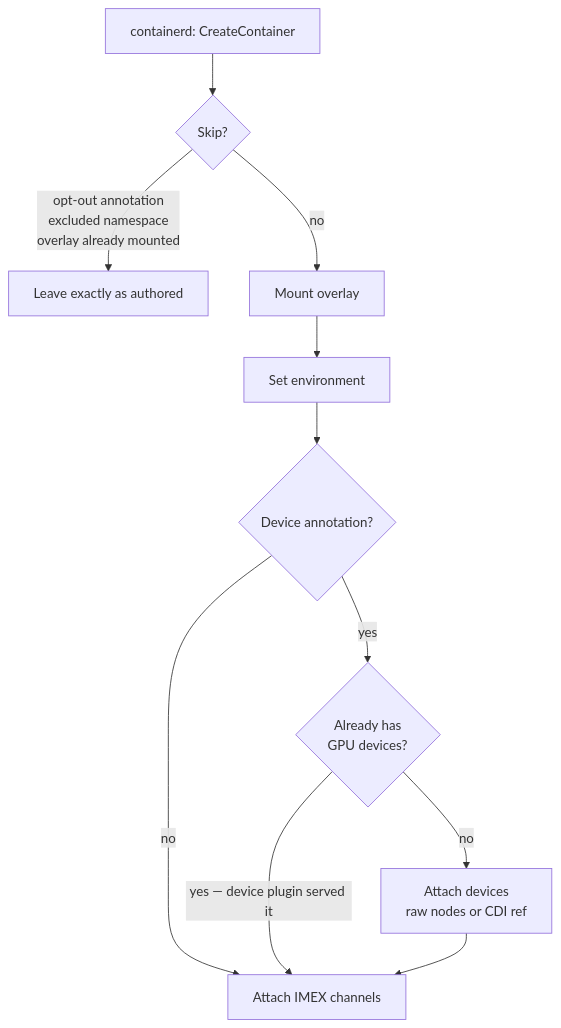
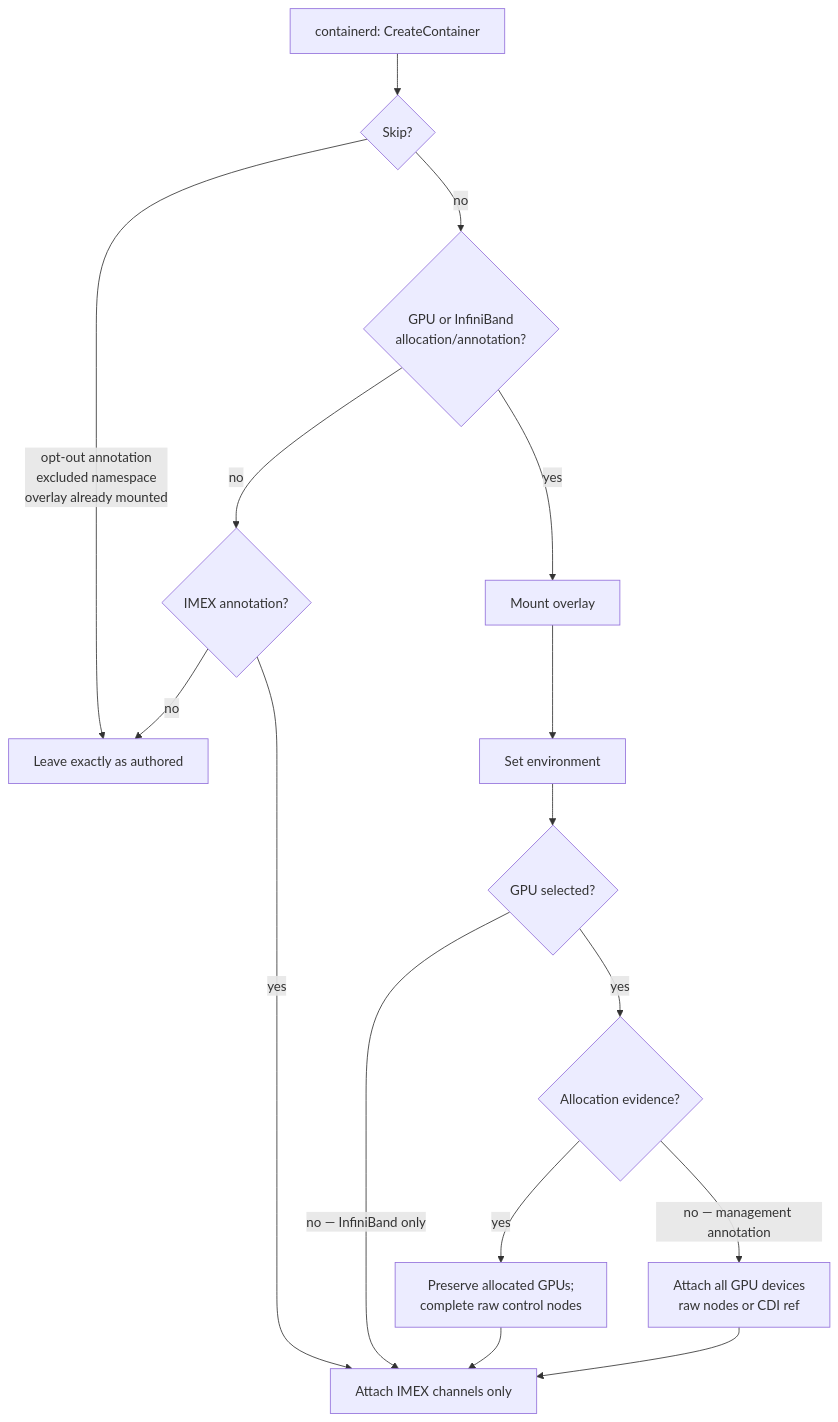
One commit to NVIDIA/k8s-test-infra changed the diagram in docs/components/nri-plugin.md. Above: the diagram before and after it, drawn with Mermaid. The commit also changed other lines of this file and 28 other files, not shown here.

````diff
--- a/docs/components/nri-plugin.md
+++ b/docs/components/nri-plugin.md
@@ -47,12 +46,16 @@
 ```mermaid
 flowchart TB
     create[containerd: CreateContainer] --> skip{Skip?}
     skip -->|opt-out annotation<br/>excluded namespace<br/>overlay already mounted| asis[Leave exactly as authored]
-    skip -->|no| overlay[Mount overlay]
+    skip -->|no| eligible{GPU or InfiniBand<br/>allocation/annotation?}
+    eligible -->|no| imexOnly{IMEX annotation?}
+    imexOnly -->|no| asis
+    imexOnly -->|yes| imex[Attach IMEX channels only]
+    eligible -->|yes| overlay[Mount overlay]
     overlay --> env[Set environment]
-    env --> gpus{Device annotation?}
-    gpus -->|no| imex
-    gpus -->|yes| served{Already has<br/>GPU devices?}
-    served -->|yes — device plugin served it| imex[Attach IMEX channels]
-    served -->|no| attach[Attach devices<br/>raw nodes or CDI ref] --> imex
+    env --> gpus{GPU selected?}
+    gpus -->|no — InfiniBand only| imex
+    gpus -->|yes| served{Allocation evidence?}
+    served -->|yes| preserve[Preserve allocated GPUs;<br/>complete raw control nodes] --> imex
+    served -->|no — management annotation| attach[Attach all GPU devices<br/>raw nodes or CDI ref] --> imex
 ```
````
